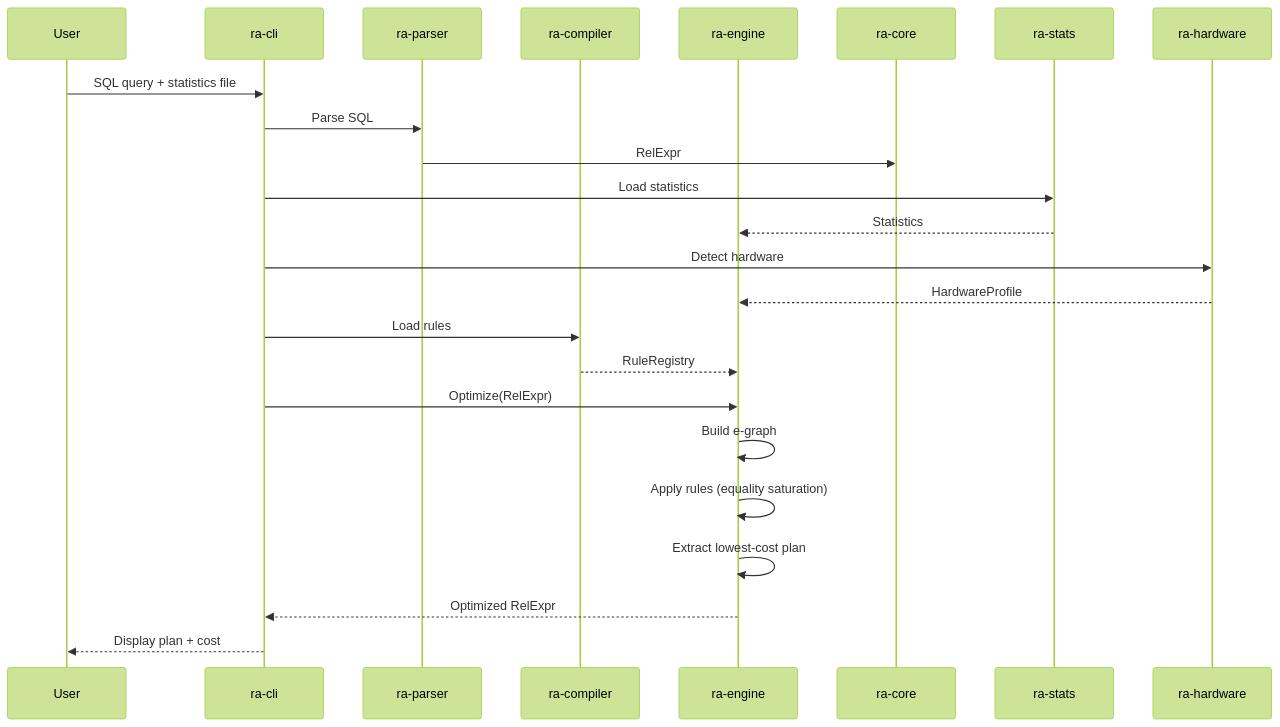
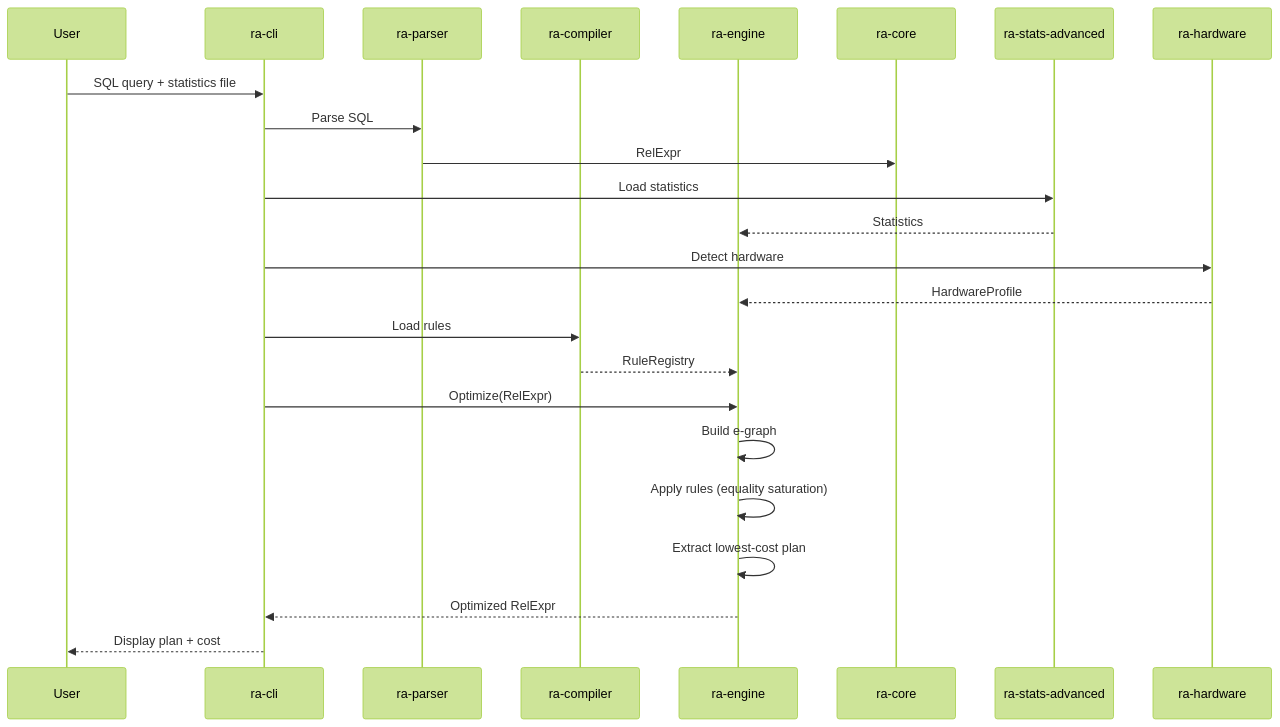
The fourth of 4 diagrams in docs/maintainers/components.md (gburd/ra), drawn with Mermaid (forest theme) before and after one commit. The commit also changed other lines of this file and 49 other files, not shown here.

First line of the commit message:
update documentation for layered architecture reorganization

````diff
--- a/docs/maintainers/components.md
+++ b/docs/maintainers/components.md
@@ -456,27 +445,27 @@
 ```mermaid
 sequenceDiagram
     participant User
     participant CLI as ra-cli
     participant Parser as ra-parser
     participant Compiler as ra-compiler
     participant Engine as ra-engine
     participant Core as ra-core
-    participant Stats as ra-stats
+    participant Stats as ra-stats-advanced
     participant HW as ra-hardware
 
     User->>CLI: SQL query + statistics file
     CLI->>Parser: Parse SQL
     Parser->>Core: RelExpr
     CLI->>Stats: Load statistics
     Stats-->>Engine: Statistics
     CLI->>HW: Detect hardware
     HW-->>Engine: HardwareProfile
     CLI->>Compiler: Load rules
     Compiler-->>Engine: RuleRegistry
     CLI->>Engine: Optimize(RelExpr)
     Engine->>Engine: Build e-graph
     Engine->>Engine: Apply rules (equality saturation)
     Engine->>Engine: Extract lowest-cost plan
     Engine-->>CLI: Optimized RelExpr
     CLI-->>User: Display plan + cost
 ```
````
